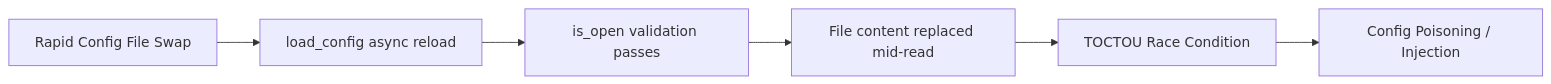
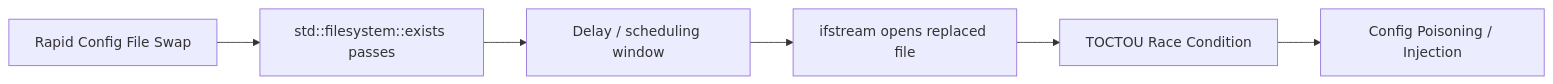
Before and after one commit to DaWasteh/SuperCalc-Sicherheitsbenchmark: diagram 19 of 20 in enhanced_exploits.md, drawn with Mermaid. The commit also changed other lines of this file and 31 other files, not shown here.

````diff
--- a/enhanced_exploits.md
+++ b/enhanced_exploits.md
@@ -470,8 +477,8 @@
 ```mermaid
 flowchart LR
-  A[Rapid Config File Swap] --> B[load_config async reload]
-  B --> C[is_open validation passes]
-  C --> D[File content replaced mid-read]
+  A[Rapid Config File Swap] --> B[std::filesystem::exists passes]
+  B --> C[Delay / scheduling window]
+  C --> D[ifstream opens replaced file]
   D --> E[TOCTOU Race Condition]
   E --> F[Config Poisoning / Injection]
 ```
````
